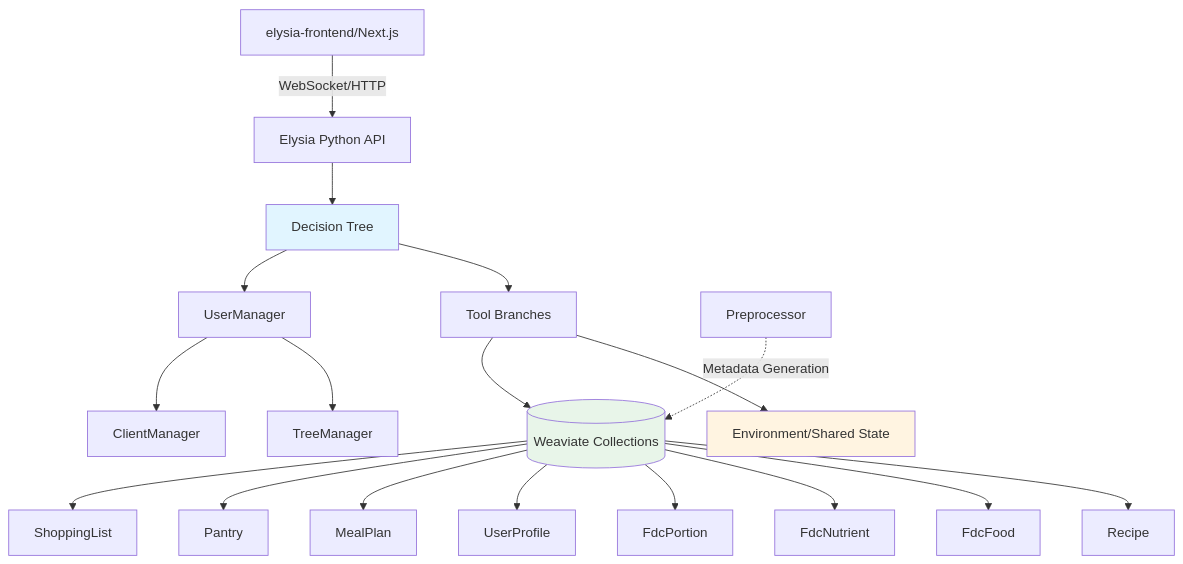
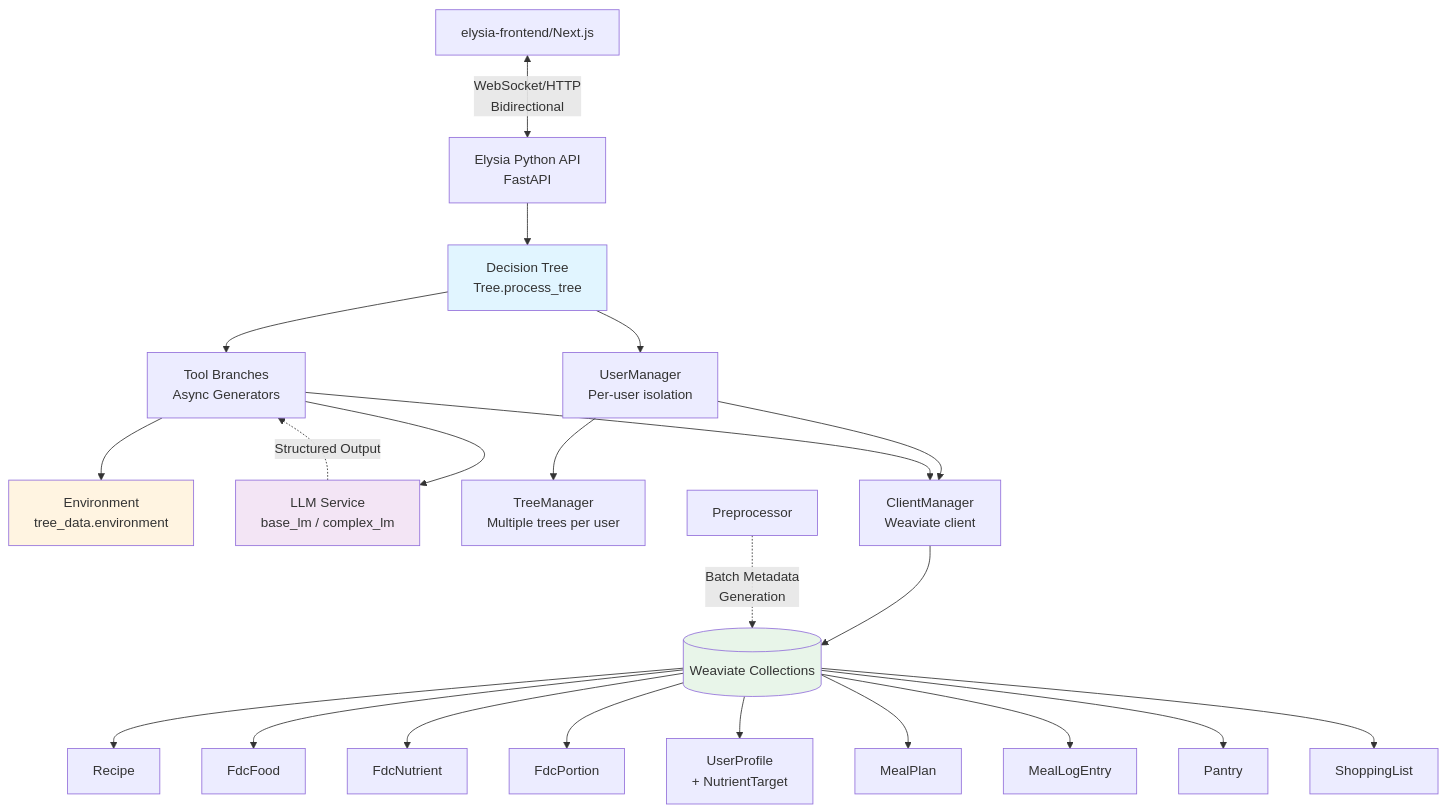
One commit to NCHzzz/MealAgent_Project changed the first of 4 diagrams in docs/ai/design/feature-meal-planning-agent.md. Above: the diagram before and after it, drawn with Mermaid. The commit also changed other lines of this file and 4 other files, not shown here.

````diff
--- a/docs/ai/design/feature-meal-planning-agent.md
+++ b/docs/ai/design/feature-meal-planning-agent.md
@@ -14,27 +14,33 @@
 ```mermaid
 graph TD
-    UI[elysia-frontend/Next.js] -->|WebSocket/HTTP| API[Elysia Python API]
-    API --> Tree[Decision Tree]
-    Tree --> Tools[Tool Branches]
-    Tools --> Env[Environment/Shared State]
+    UI[elysia-frontend/Next.js] <-->|WebSocket/HTTP<br/>Bidirectional| API[Elysia Python API<br/>FastAPI]
+    API --> Tree[Decision Tree<br/>Tree.process_tree]
+    Tree --> Tools[Tool Branches<br/>Async Generators]
+    Tools --> Env[Environment<br/>tree_data.environment]
+    Tools --> LLM[LLM Service<br/>base_lm / complex_lm]
+    LLM -.->|Structured Output| Tools
     
-    Tree --> UserMgr[UserManager]
-    UserMgr --> TreeMgr[TreeManager]
-    UserMgr --> ClientMgr[ClientManager]
+    Tree --> UserMgr[UserManager<br/>Per-user isolation]
+    UserMgr --> TreeMgr[TreeManager<br/>Multiple trees per user]
+    UserMgr --> ClientMgr[ClientManager<br/>Weaviate client]
     
-    Tools --> Weaviate[(Weaviate Collections)]
+    Tools --> ClientMgr
+    ClientMgr --> Weaviate[(Weaviate Collections)]
+    
     Weaviate --> Recipe[Recipe]
     Weaviate --> FdcFood[FdcFood]
     Weaviate --> FdcNutrient[FdcNutrient]
     Weaviate --> FdcPortion[FdcPortion]
-    Weaviate --> UserProfile[UserProfile]
+    Weaviate --> UserProfile[UserProfile<br/>+ NutrientTarget]
     Weaviate --> MealPlan[MealPlan]
+    Weaviate --> MealLogEntry[MealLogEntry]
     Weaviate --> Pantry[Pantry]
     Weaviate --> Shopping[ShoppingList]
     
-    Preprocessor[Preprocessor] -.->|Metadata Generation| Weaviate
+    Preprocessor[Preprocessor] -.->|Batch Metadata<br/>Generation| Weaviate
     
     style Tree fill:#e1f5ff
     style Env fill:#fff4e1
     style Weaviate fill:#e8f5e9
+    style LLM fill:#f3e5f5
 ```
````
